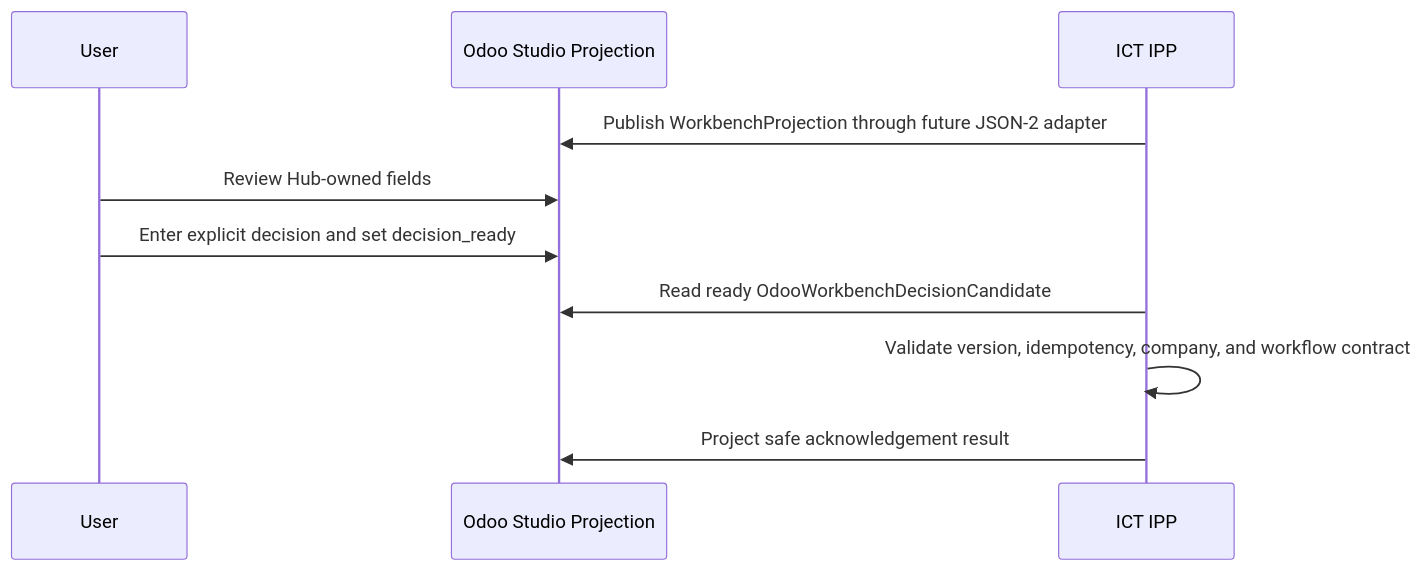
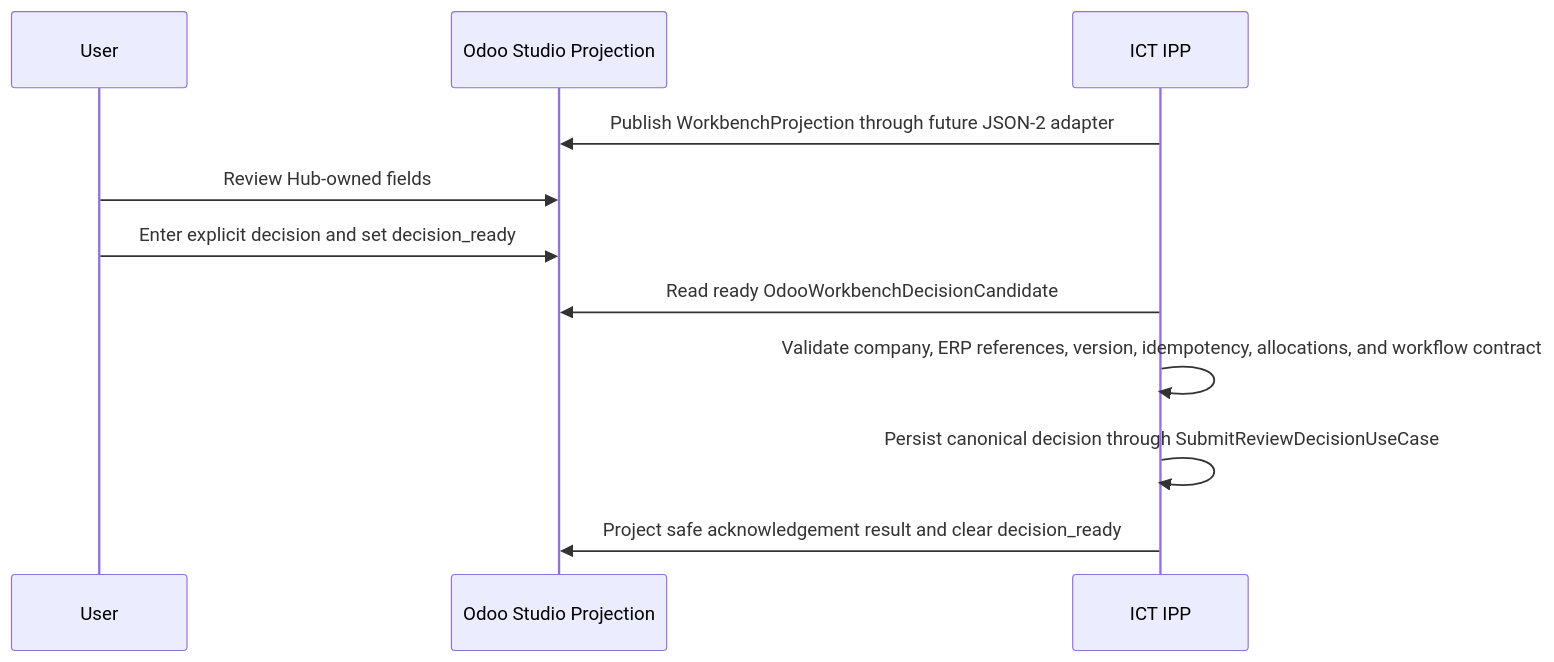
One commit to odurmazoglu/ict-integration-hub changed the first of 4 diagrams in docs/IMPORT_WORKBENCH.md. Above: the diagram before and after it, drawn with Mermaid. The commit also changed other lines of this file and 24 other files, not shown here.

````diff
--- a/docs/IMPORT_WORKBENCH.md
+++ b/docs/IMPORT_WORKBENCH.md
@@ -62,13 +62,14 @@
 ```mermaid
 sequenceDiagram
     participant User
     participant Projection as Odoo Studio Projection
     participant Hub as ICT IPP
 
     Hub->>Projection: Publish WorkbenchProjection through future JSON-2 adapter
     User->>Projection: Review Hub-owned fields
     User->>Projection: Enter explicit decision and set decision_ready
     Hub->>Projection: Read ready OdooWorkbenchDecisionCandidate
-    Hub->>Hub: Validate version, idempotency, company, and workflow contract
-    Hub->>Projection: Project safe acknowledgement result
+    Hub->>Hub: Validate company, ERP references, version, idempotency, allocations, and workflow contract
+    Hub->>Hub: Persist canonical decision through SubmitReviewDecisionUseCase
+    Hub->>Projection: Project safe acknowledgement result and clear decision_ready
 ```
````
